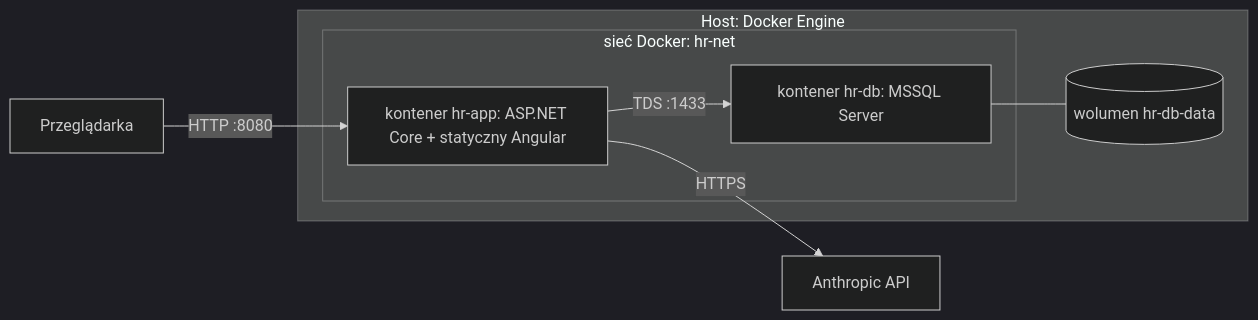
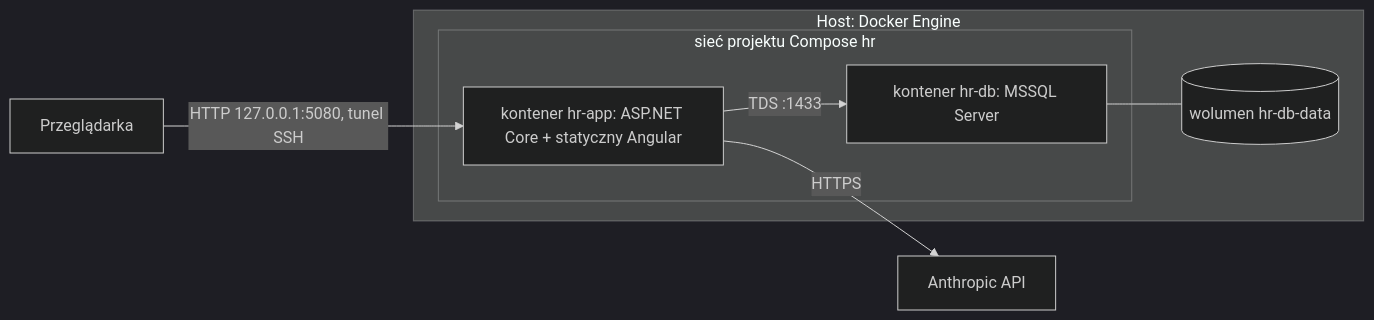
Before and after one commit to 99996927/TePePwEduPL: the diagram in docs/arc42/07-widok-wdrozenia.md, drawn with Mermaid (dark theme). The commit also changed other lines of this file and 3 other files, not shown here.

````diff
--- a/docs/arc42/07-widok-wdrozenia.md
+++ b/docs/arc42/07-widok-wdrozenia.md
@@ -6,14 +6,14 @@
 ```mermaid
 flowchart LR
-    U[Przeglądarka] -->|HTTP :8080| APP
+    U[Przeglądarka] -->|HTTP 127.0.0.1:5080, tunel SSH| APP
     subgraph HOST[Host: Docker Engine]
-        subgraph NET[sieć Docker: hr-net]
+        subgraph NET[sieć projektu Compose hr]
             APP[kontener hr-app: ASP.NET Core + statyczny Angular]
             SQL[kontener hr-db: MSSQL Server]
         end
         VOL[(wolumen hr-db-data)]
     end
     APP -->|TDS :1433| SQL
     SQL --- VOL
     APP -->|HTTPS| ANT[Anthropic API]
 ```
````
